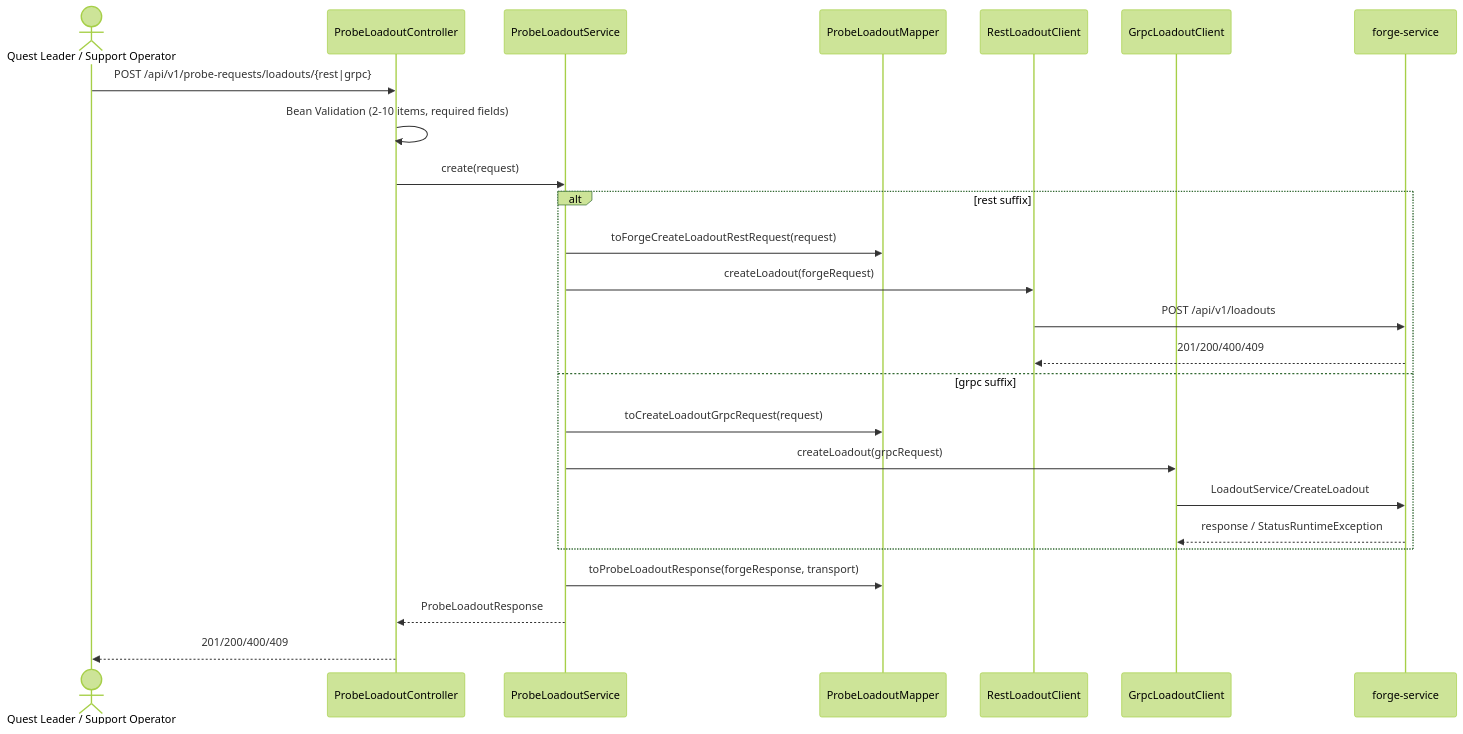
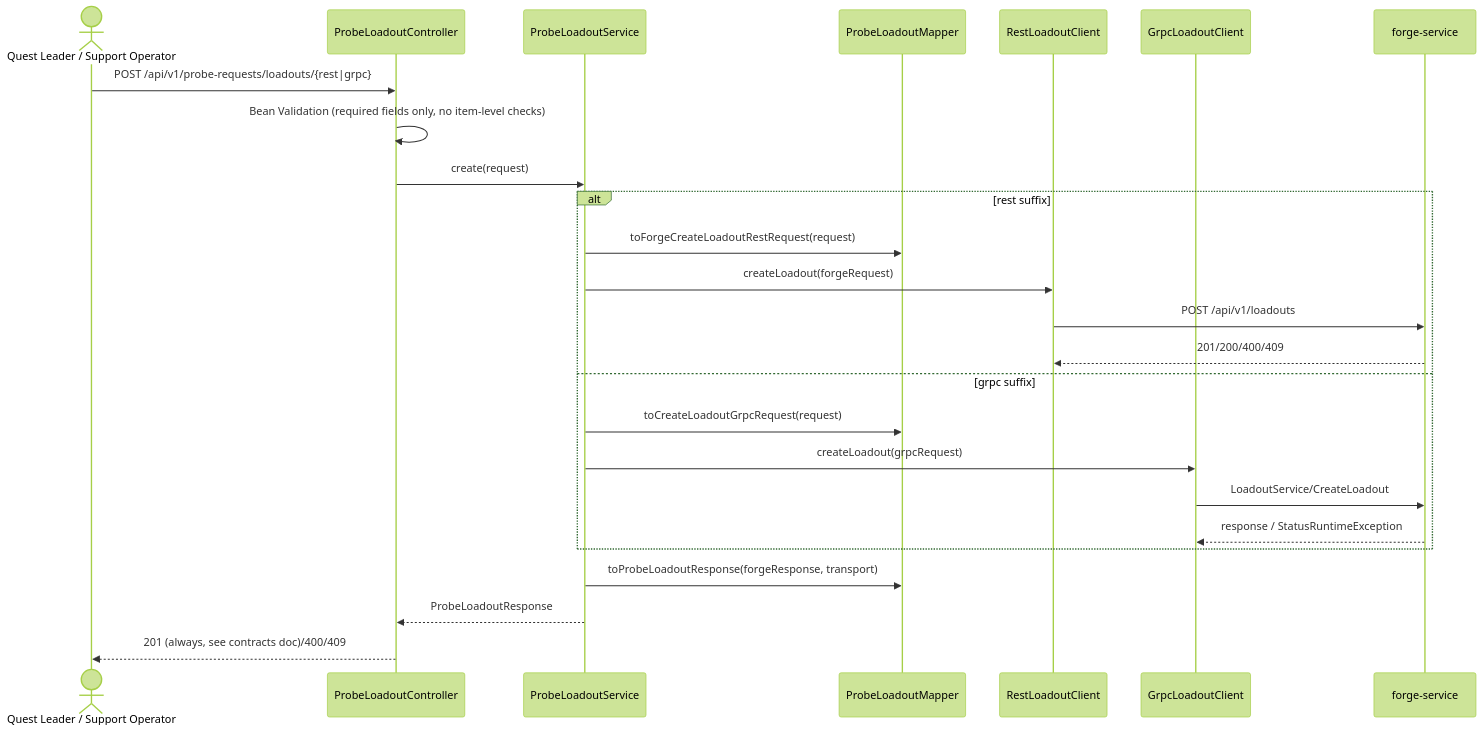
The diagram in specs/002-probe-quest-loadouts/plan.md (Jenish16/probe-service), drawn with Mermaid (forest theme) before and after one commit. The commit also changed 41 other files, not shown here.

````diff
--- a/specs/002-probe-quest-loadouts/plan.md
+++ b/specs/002-probe-quest-loadouts/plan.md
@@ -102,28 +102,28 @@
 ```mermaid
 sequenceDiagram
     actor Requester as Quest Leader / Support Operator
     participant PC as ProbeLoadoutController
     participant PS as ProbeLoadoutService
     participant M as ProbeLoadoutMapper
     participant RC as RestLoadoutClient
     participant GC as GrpcLoadoutClient
     participant FS as forge-service
 
     Requester->>PC: POST /api/v1/probe-requests/loadouts/{rest|grpc}
-    PC->>PC: Bean Validation (2-10 items, required fields)
+    PC->>PC: Bean Validation (required fields only, no item-level checks)
     PC->>PS: create(request)
     alt rest suffix
         PS->>M: toForgeCreateLoadoutRestRequest(request)
         PS->>RC: createLoadout(forgeRequest)
         RC->>FS: POST /api/v1/loadouts
         FS-->>RC: 201/200/400/409
     else grpc suffix
         PS->>M: toCreateLoadoutGrpcRequest(request)
         PS->>GC: createLoadout(grpcRequest)
         GC->>FS: LoadoutService/CreateLoadout
         FS-->>GC: response / StatusRuntimeException
     end
     PS->>M: toProbeLoadoutResponse(forgeResponse, transport)
     PS-->>PC: ProbeLoadoutResponse
-    PC-->>Requester: 201/200/400/409
+    PC-->>Requester: 201 (always, see contracts doc)/400/409
 ```
````
